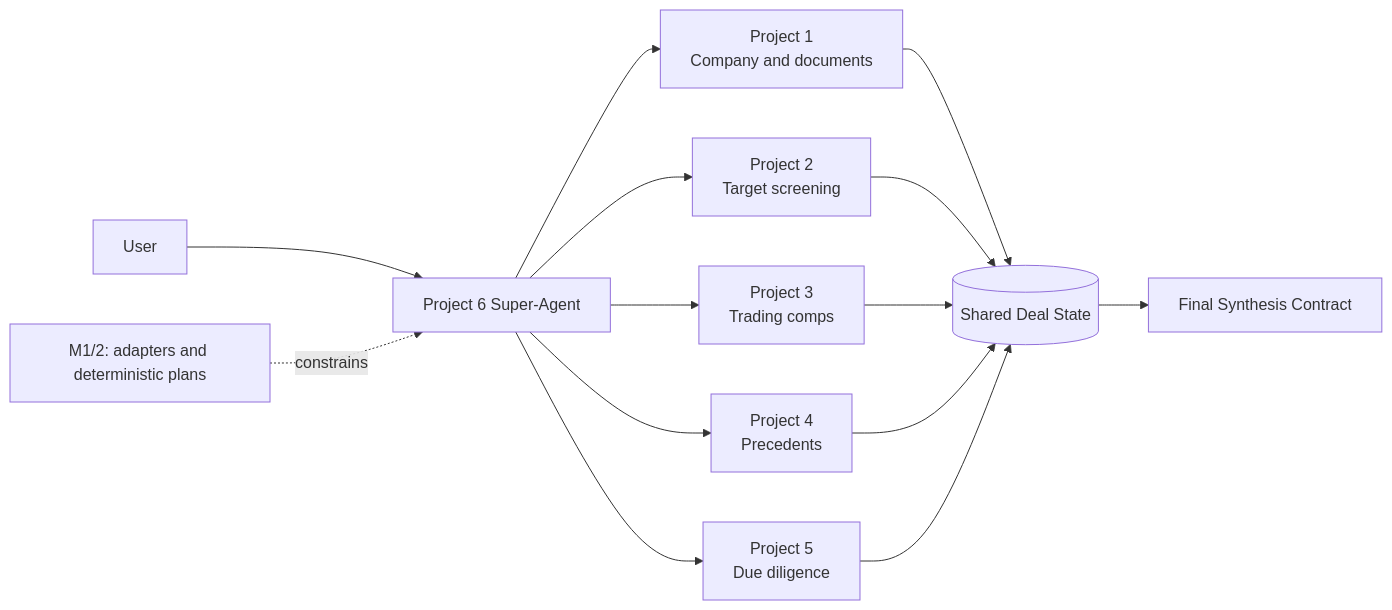
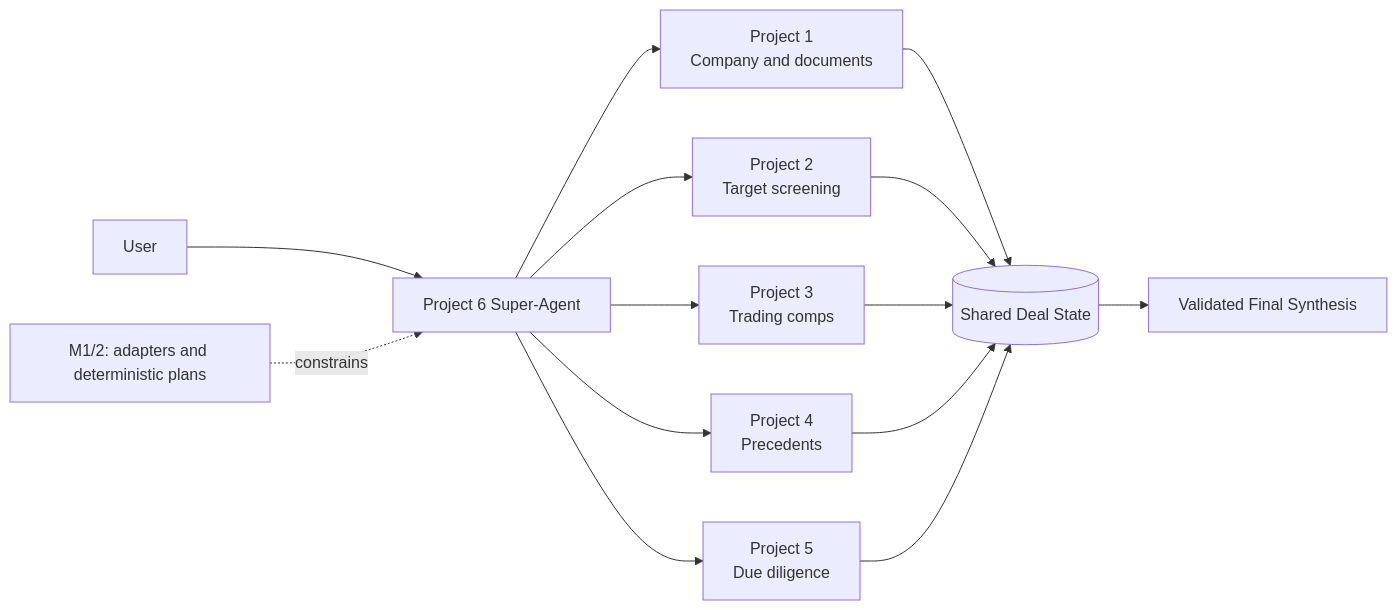
One commit to rishu765/mna_deal_intelligence changed the first of 4 diagrams in 06_mna_deal_intelligence_super_agent/README.md. Above: the diagram before and after it, drawn with Mermaid. The commit also changed other lines of this file and 21 other files, not shown here.

First line of the commit message:
Project 6 M6/7: final synthesis, evaluation, observability, API, and V1 (#37)

````diff
--- a/06_mna_deal_intelligence_super_agent/README.md
+++ b/06_mna_deal_intelligence_super_agent/README.md
@@ -25,12 +26,12 @@
 ```mermaid
 flowchart LR
     U[User] --> P6[Project 6 Super-Agent]
     P6 --> P1[Project 1<br/>Company and documents]
     P6 --> P2[Project 2<br/>Target screening]
     P6 --> P3[Project 3<br/>Trading comps]
     P6 --> P4[Project 4<br/>Precedents]
     P6 --> P5[Project 5<br/>Due diligence]
     P1 & P2 & P3 & P4 & P5 --> S[(Shared Deal State)]
-    S --> F[Final Synthesis Contract]
+    S --> F[Validated Final Synthesis]
     C[M1/2: adapters and deterministic plans] -. constrains .-> P6
 ```
````
